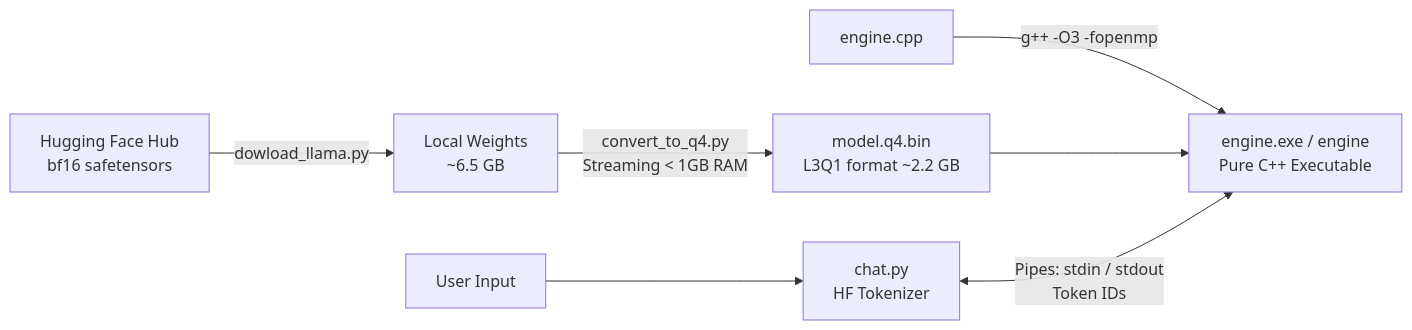
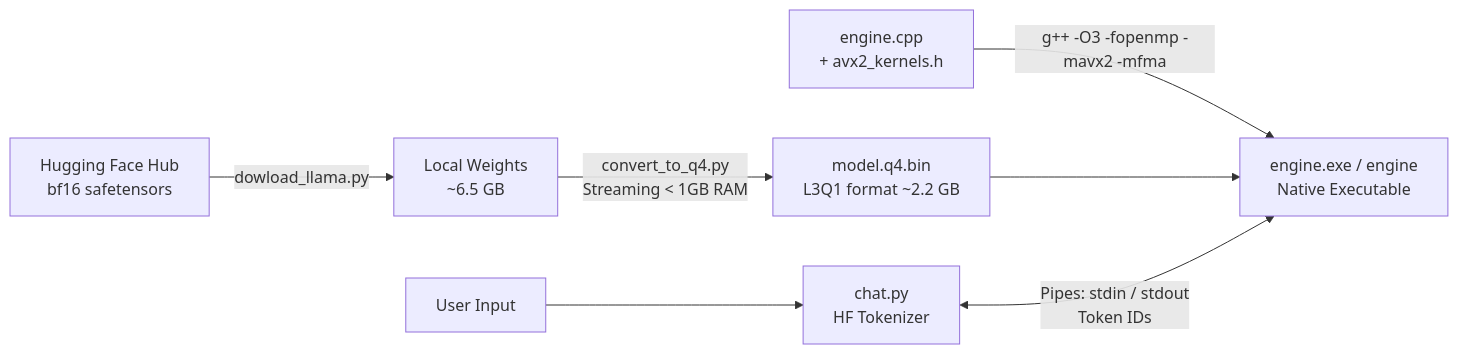
One commit to adieesingh/llama3.2 changed the diagram in README.md. Above: the diagram before and after it, drawn with Mermaid. The commit also changed other lines of this file, not shown here.

Commit message:
Update README.md to enhance clarity on AVX2 support and project structure

````diff
--- a/README.md
+++ b/README.md
@@ -24,9 +25,9 @@
 ```mermaid
 flowchart LR
     A[Hugging Face Hub\nbf16 safetensors] -->|dowload_llama.py| B[Local Weights\n~6.5 GB]
     B -->|convert_to_q4.py\nStreaming < 1GB RAM| C[model.q4.bin\nL3Q1 format ~2.2 GB]
-    D[engine.cpp] -->|g++ -O3 -fopenmp| E[engine.exe / engine\nPure C++ Executable]
+    D[engine.cpp\n+ avx2_kernels.h] -->|g++ -O3 -fopenmp -mavx2 -mfma| E[engine.exe / engine\nNative Executable]
     C --> E
     F[User Input] --> G[chat.py\nHF Tokenizer]
     G <-->|Pipes: stdin / stdout\nToken IDs| E
 ```
````
